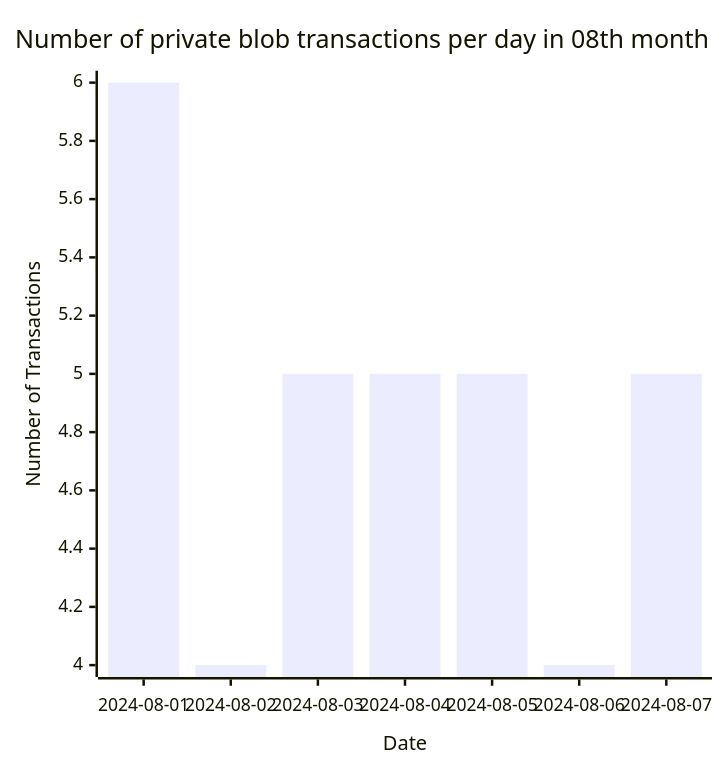
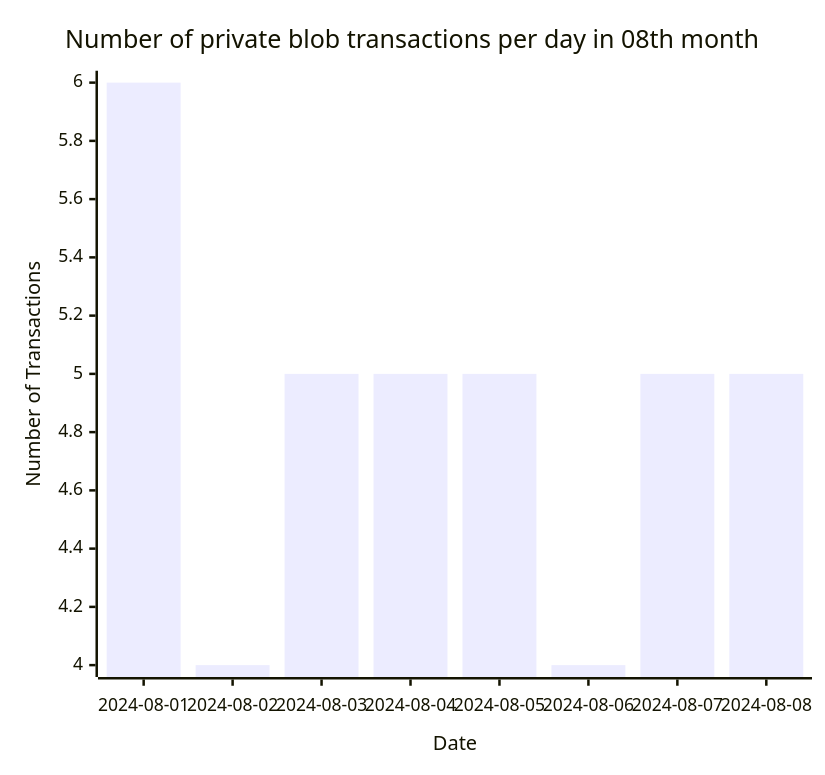
The sixth of 6 diagrams in README.md (Amit0617/eip4844-data), drawn with Mermaid before and after one commit. The commit also changed 1 other file, not shown here.

````diff
--- a/README.md
+++ b/README.md
@@ -66,12 +66,12 @@
 ```mermaid
 ---
 config:
     xyChart:
-        width: 560
+        width: 640
         height: 600
 ---
 xychart-beta title "Number of private blob transactions per day in 08th month"
-x-axis "Date" [2024-08-01,2024-08-02,2024-08-03,2024-08-04,2024-08-05,2024-08-06,2024-08-07]
+x-axis "Date" [2024-08-01,2024-08-02,2024-08-03,2024-08-04,2024-08-05,2024-08-06,2024-08-07,2024-08-08]
 y-axis "Number of Transactions"
-bar[6,4,5,5,5,4,5]
+bar[6,4,5,5,5,4,5,5]
 ```
````
